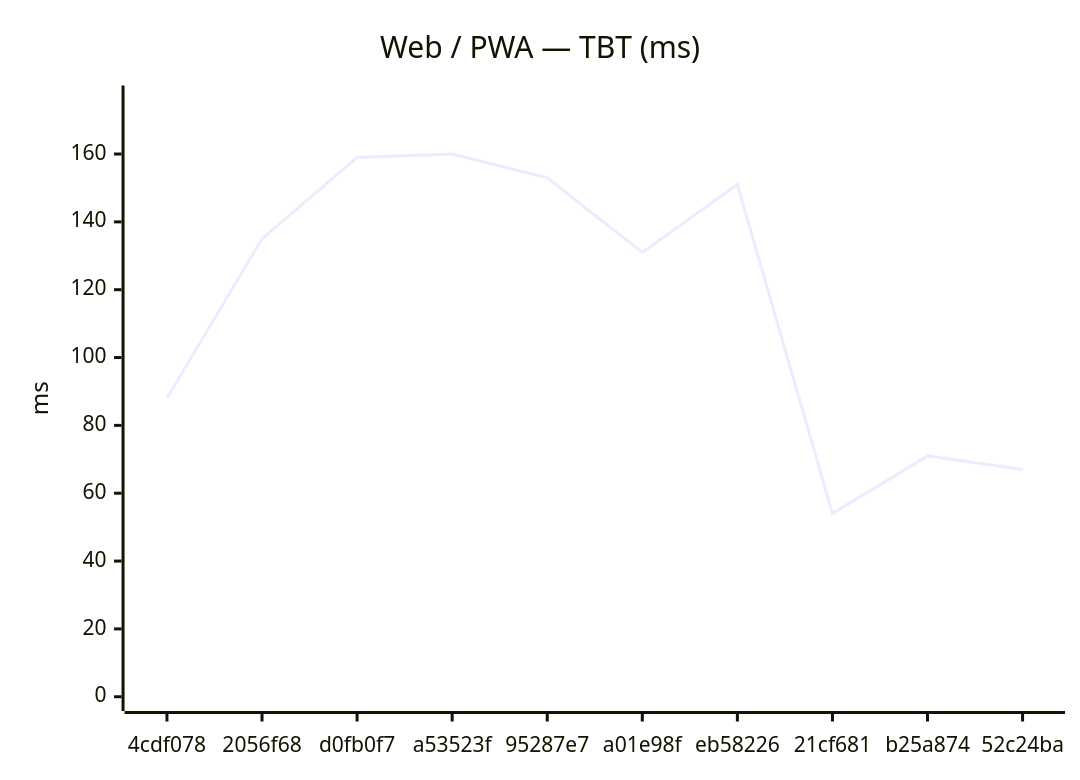
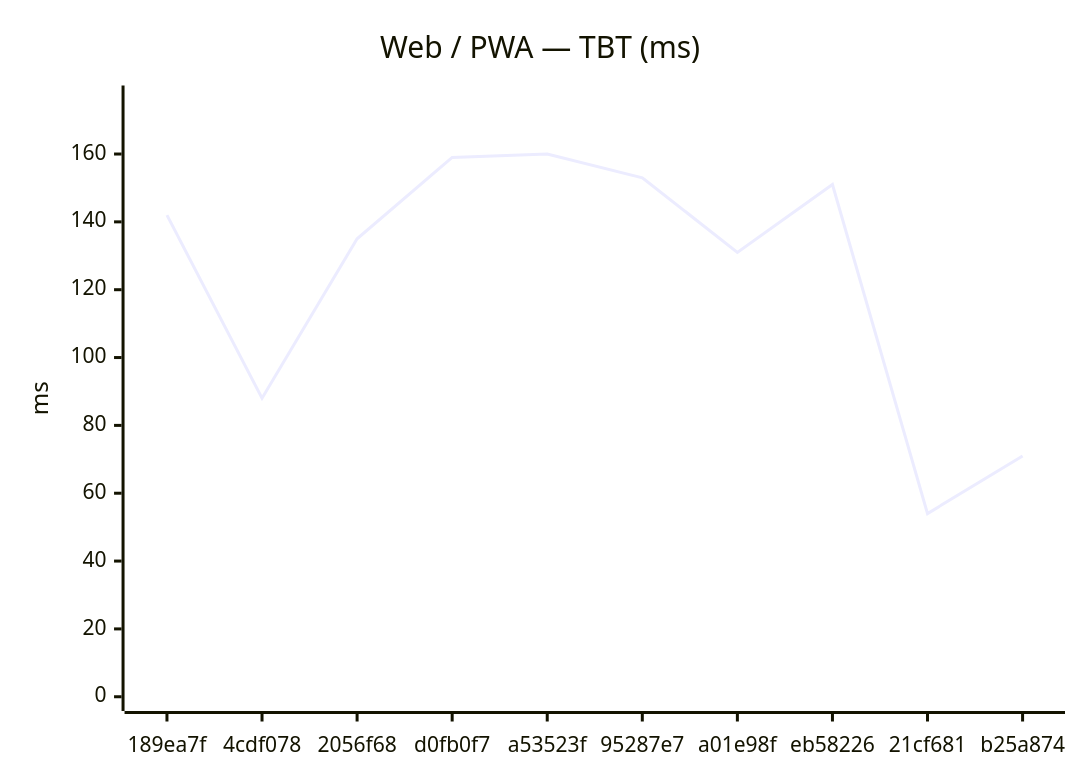
Before and after one commit to Metaheurist/Rianell: the second of 18 diagrams in benchmarks/compare.md, drawn with Mermaid. The commit also changed other lines of this file and 11 other files, not shown here.

````diff
--- a/benchmarks/compare.md
+++ b/benchmarks/compare.md
@@ -31,7 +31,7 @@
 ```mermaid
 xychart-beta
     title "Web / PWA — TBT (ms)"
-    x-axis ["4cdf078", "2056f68", "d0fb0f7", "a53523f", "95287e7", "a01e98f", "eb58226", "21cf681", "b25a874", "52c24ba"]
+    x-axis ["189ea7f", "4cdf078", "2056f68", "d0fb0f7", "a53523f", "95287e7", "a01e98f", "eb58226", "21cf681", "b25a874"]
     y-axis "ms" 0 --> 176
-    line [88, 135, 159, 160, 153, 131, 151, 54, 71, 67]
+    line [142, 88, 135, 159, 160, 153, 131, 151, 54, 71]
 ```
````
